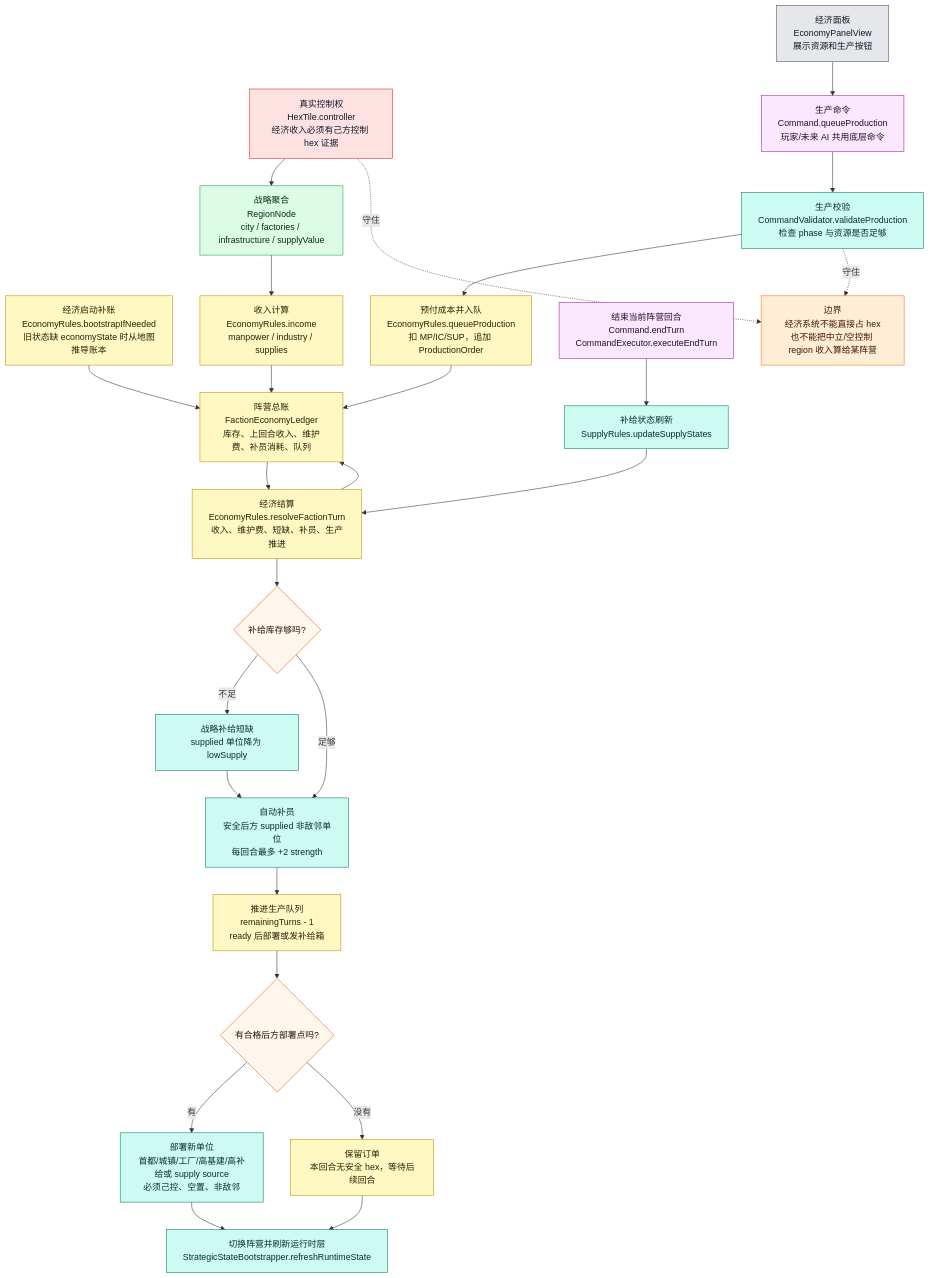
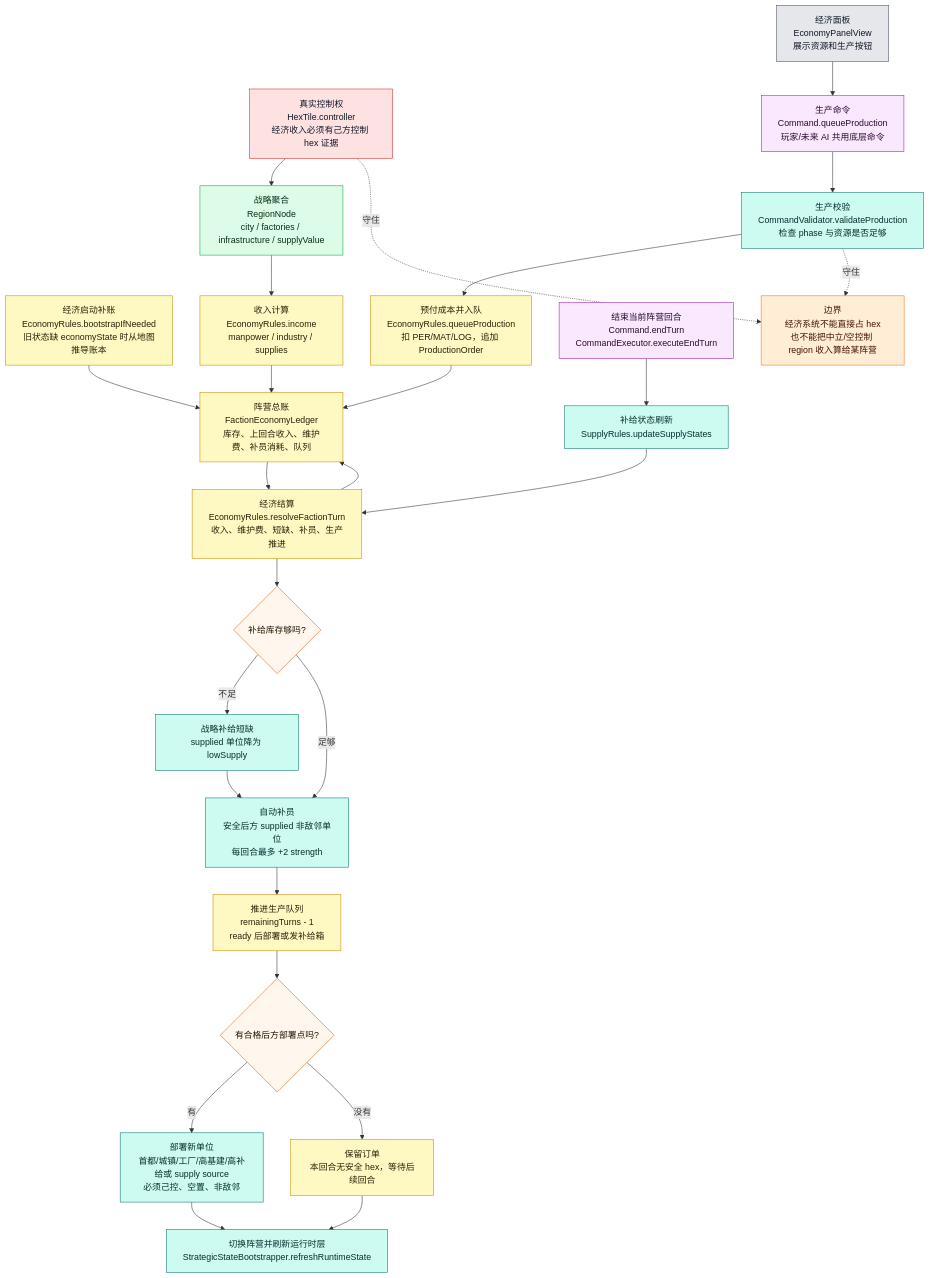
One commit to Altman-sam114/127 changed diagram 15 of 20 in md/flow/flowchart.md. Above: the diagram before and after it, drawn with Mermaid. The commit also changed other lines of this file and 43 other files, not shown here.

````diff
--- a/md/flow/flowchart.md
+++ b/md/flow/flowchart.md
@@ -532,51 +536,51 @@
 ```mermaid
 flowchart TD
     BOOT["经济启动补账<br/>EconomyRules.bootstrapIfNeeded<br/>旧状态缺 economyState 时从地图推导账本"]:::economy
     HEX["真实控制权<br/>HexTile.controller<br/>经济收入必须有己方控制 hex 证据"]:::authority
     REGION["战略聚合<br/>RegionNode<br/>city / factories / infrastructure / supplyValue"]:::derived
     INCOME["收入计算<br/>EconomyRules.income<br/>manpower / industry / supplies"]:::economy
     LEDGER["阵营总账<br/>FactionEconomyLedger<br/>库存、上回合收入、维护费、补员消耗、队列"]:::economy
 
     UI["经济面板<br/>EconomyPanelView<br/>展示资源和生产按钮"]:::ui
     QUEUE["生产命令<br/>Command.queueProduction<br/>玩家/未来 AI 共用底层命令"]:::command
     VALIDATE["生产校验<br/>CommandValidator.validateProduction<br/>检查 phase 与资源是否足够"]:::rules
-    PAY["预付成本并入队<br/>EconomyRules.queueProduction<br/>扣 MP/IC/SUP，追加 ProductionOrder"]:::economy
+    PAY["预付成本并入队<br/>EconomyRules.queueProduction<br/>扣 PER/MAT/LOG，追加 ProductionOrder"]:::economy
 
     END["结束当前阵营回合<br/>Command.endTurn<br/>CommandExecutor.executeEndTurn"]:::command
     SUPPLY["补给状态刷新<br/>SupplyRules.updateSupplyStates"]:::rules
     RESOLVE["经济结算<br/>EconomyRules.resolveFactionTurn<br/>收入、维护费、短缺、补员、生产推进"]:::economy
     SHORT{"补给库存够吗?"}:::decision
     LOW["战略补给短缺<br/>supplied 单位降为 lowSupply"]:::rules
     REINF["自动补员<br/>安全后方 supplied 非敌邻单位<br/>每回合最多 +2 strength"]:::rules
     PROD["推进生产队列<br/>remainingTurns - 1<br/>ready 后部署或发补给箱"]:::economy
     DEPLOY{"有合格后方部署点吗?"}:::decision
     SPAWN["部署新单位<br/>首都/城镇/工厂/高基建/高补给或 supply source<br/>必须己控、空置、非敌邻"]:::rules
     WAIT["保留订单<br/>本回合无安全 hex，等待后续回合"]:::economy
     NEXT["切换阵营并刷新运行时层<br/>StrategicStateBootstrapper.refreshRuntimeState"]:::rules
 
     BOOT --> LEDGER
     HEX --> REGION --> INCOME --> LEDGER
     UI --> QUEUE --> VALIDATE --> PAY --> LEDGER
     END --> SUPPLY --> RESOLVE
     LEDGER --> RESOLVE
     RESOLVE --> SHORT
     SHORT -->|不足| LOW --> REINF
     SHORT -->|足够| REINF
     REINF --> PROD --> DEPLOY
     DEPLOY -->|有| SPAWN --> NEXT
     DEPLOY -->|没有| WAIT --> NEXT
     RESOLVE --> LEDGER
 
     WARN["边界<br/>经济系统不能直接占 hex<br/>也不能把中立/空控制 region 收入算给某阵营"]:::warn
     HEX -.守住.-> WARN
     VALIDATE -.守住.-> WARN
 
     classDef authority fill:#fee2e2,stroke:#dc2626,color:#111827
     classDef derived fill:#dcfce7,stroke:#16a34a,color:#052e16
     classDef economy fill:#fef9c3,stroke:#ca8a04,color:#292107
     classDef command fill:#fae8ff,stroke:#a21caf,color:#2a0a2f
     classDef rules fill:#ccfbf1,stroke:#0f766e,color:#042f2e
     classDef decision fill:#fff7ed,stroke:#ea580c,color:#1f1300
     classDef ui fill:#e5e7eb,stroke:#4b5563,color:#111827
     classDef warn fill:#ffedd5,stroke:#f97316,color:#431407
 ```
````
